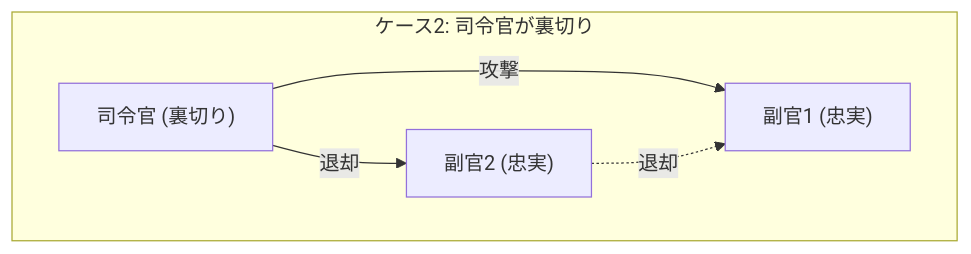
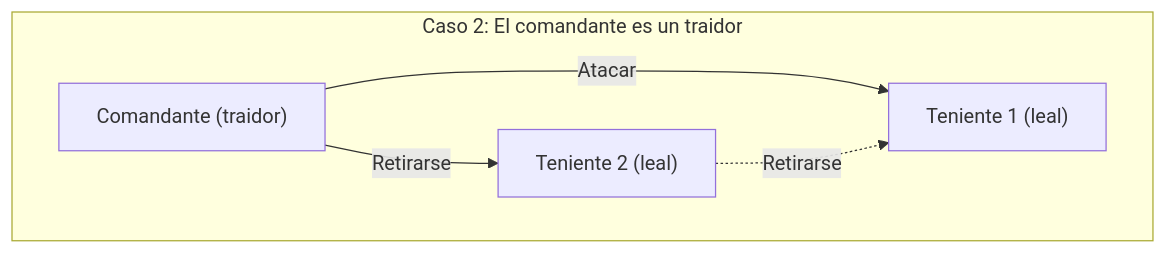
One commit to kenjinote/blog changed the third of 4 diagrams in content/post/byzantine-generals-problem/index.es.md. Above: the diagram before and after it, drawn with Mermaid. The commit also changed other lines of this file and 28 other files, not shown here.

Commit message:
Translate Japanese text inside Mermaid diagrams to respective languages

````diff
--- a/content/post/byzantine-generals-problem/index.es.md
+++ b/content/post/byzantine-generals-problem/index.es.md
@@ -86,8 +86,8 @@
 ```mermaid
 graph TD
-subgraph "ケース2: 司令官が裏切り"
-    C["司令官 (裏切り)"] -->|"攻撃"| L1["副官1 (忠実)"]
-    C -->|"退却"| L2["副官2 (忠実)"]
-    L2 -.->|"退却"| L1
+subgraph "Caso 2: El comandante es un traidor"
+    C["Comandante (traidor)"] -->|"Atacar"| L1["Teniente 1 (leal)"]
+    C -->|"Retirarse"| L2["Teniente 2 (leal)"]
+    L2 -.->|"Retirarse"| L1
 end
 ```
````
